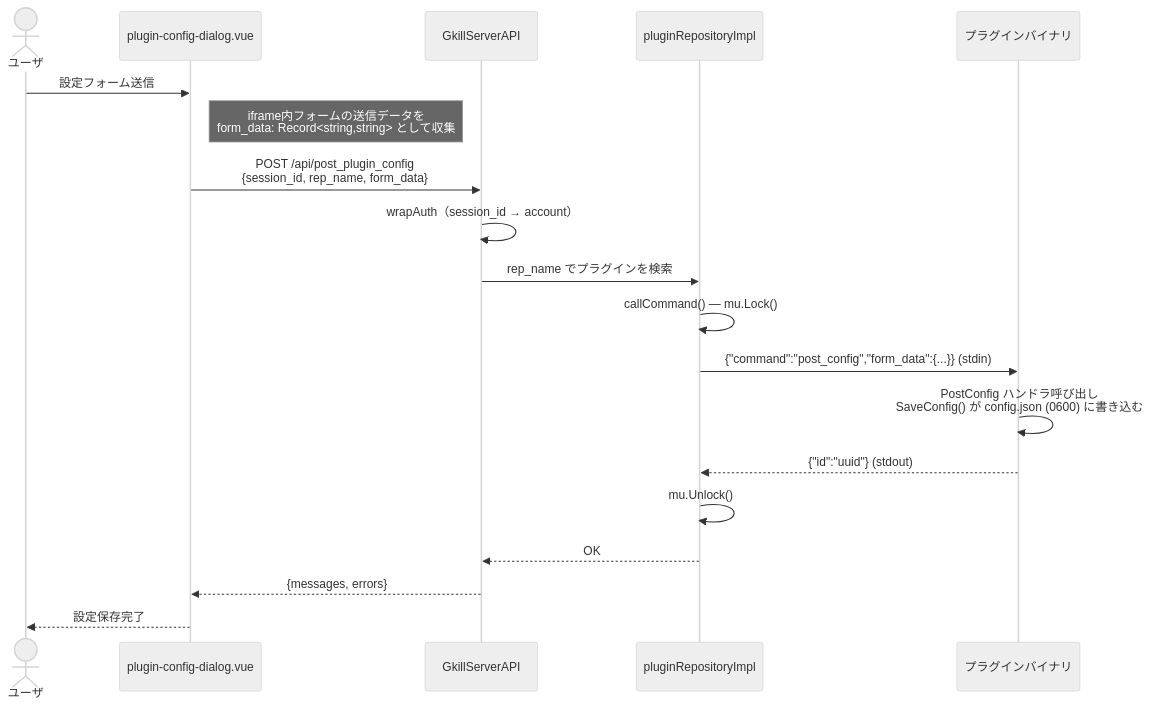
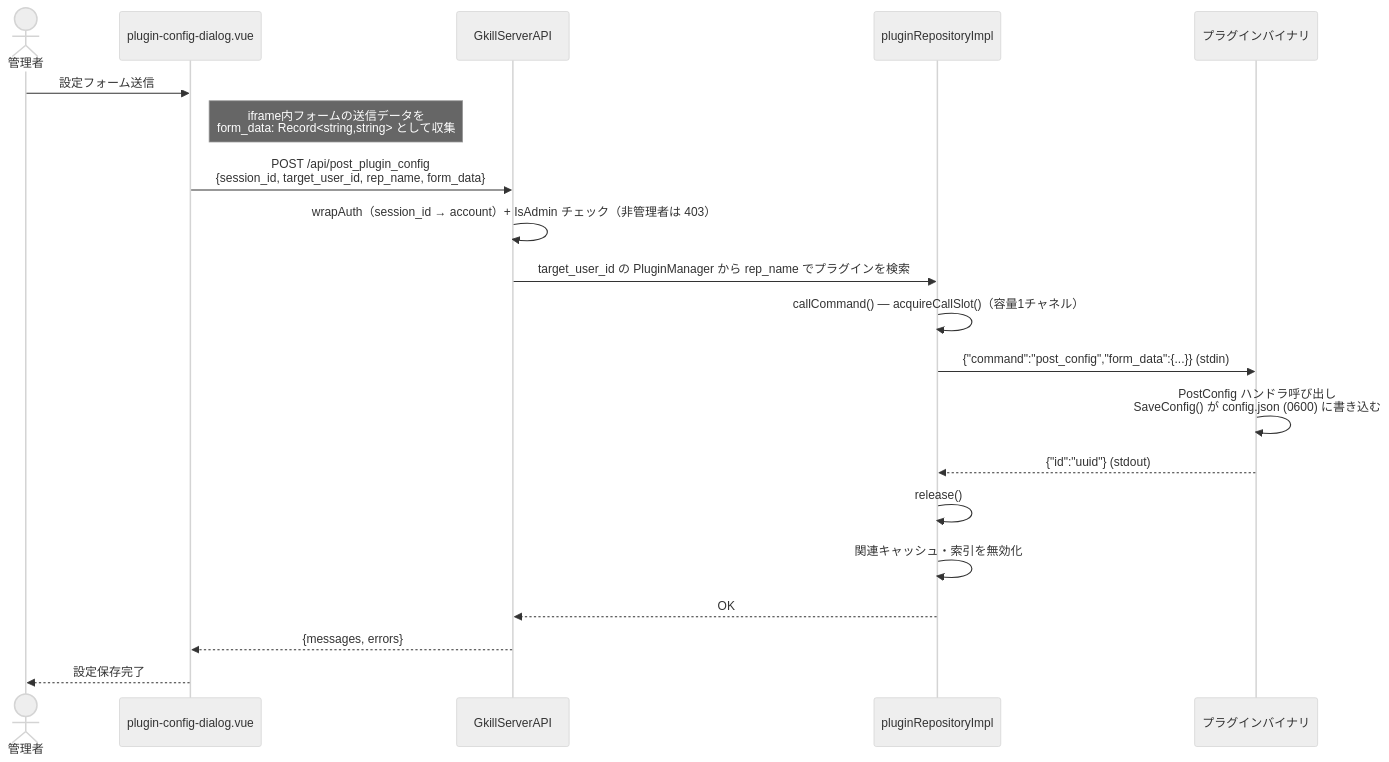
Diagram 22 of 30 in documents/reverse/sequence-diagrams.md (mt3hr/gkill), drawn with Mermaid (neutral theme) before and after one commit. The commit also changed other lines of this file and 220 other files, not shown here.

````diff
--- a/documents/reverse/sequence-diagrams.md
+++ b/documents/reverse/sequence-diagrams.md
@@ -816,22 +810,23 @@
 ```mermaid
 sequenceDiagram
-    actor User as ユーザ
+    actor Admin as 管理者
     participant UI as plugin-config-dialog.vue
     participant API as GkillServerAPI
     participant PluginRepo as pluginRepositoryImpl
     participant Plugin as プラグインバイナリ
 
-    User->>UI: 設定フォーム送信
+    Admin->>UI: 設定フォーム送信
     Note right of UI: iframe内フォームの送信データを<br>form_data: Record<string,string> として収集
-    UI->>API: POST /api/post_plugin_config<br>{session_id, rep_name, form_data}
-    API->>API: wrapAuth（session_id → account）
-    API->>PluginRepo: rep_name でプラグインを検索
-    PluginRepo->>PluginRepo: callCommand() — mu.Lock()
+    UI->>API: POST /api/post_plugin_config<br>{session_id, target_user_id, rep_name, form_data}
+    API->>API: wrapAuth（session_id → account）+ IsAdmin チェック（非管理者は 403）
+    API->>PluginRepo: target_user_id の PluginManager から rep_name でプラグインを検索
+    PluginRepo->>PluginRepo: callCommand() — acquireCallSlot()（容量1チャネル）
     PluginRepo->>Plugin: {"command":"post_config","form_data":{...}} (stdin)
     Plugin->>Plugin: PostConfig ハンドラ呼び出し<br>SaveConfig() が config.json (0600) に書き込む
     Plugin-->>PluginRepo: {"id":"uuid"} (stdout)
-    PluginRepo->>PluginRepo: mu.Unlock()
+    PluginRepo->>PluginRepo: release()
+    PluginRepo->>PluginRepo: 関連キャッシュ・索引を無効化
     PluginRepo-->>API: OK
     API-->>UI: {messages, errors}
-    UI-->>User: 設定保存完了
+    UI-->>Admin: 設定保存完了
 ```
````
